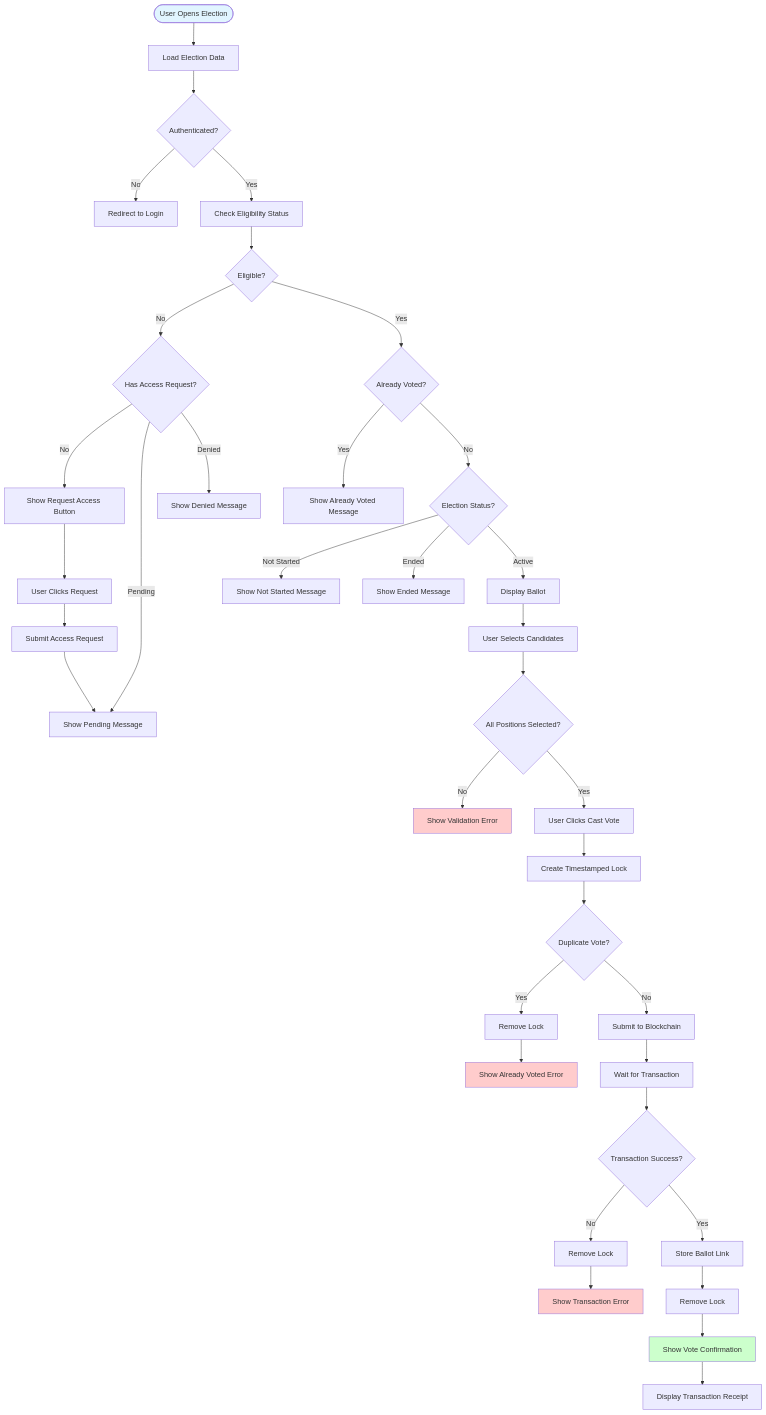
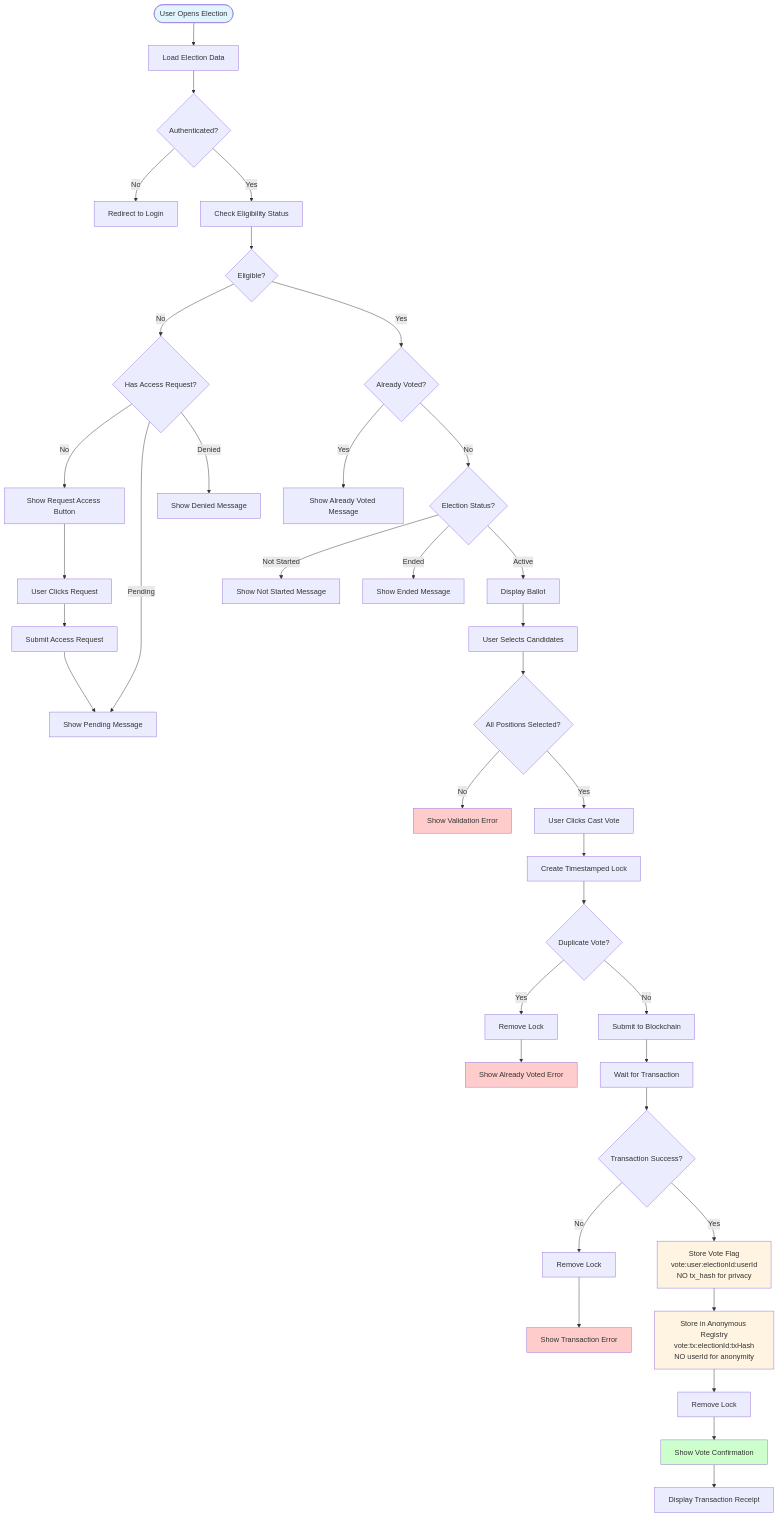
The diagram in diagrams/uml/activity-voting-process.mmd (RajdeepSah/BlockBallot), drawn with Mermaid before and after one commit. The commit also changed other lines of this file and 10 other files, not shown here.

Commit message:
chore: update diagrams and config

```diff
--- a/diagrams/uml/activity-voting-process.mmd
+++ b/diagrams/uml/activity-voting-process.mmd
@@ -1,49 +1,52 @@
 flowchart TD
     Start([User Opens Election]) --> LoadElection[Load Election Data]
     LoadElection --> CheckAuth{Authenticated?}
     CheckAuth -->|No| RequireLogin[Redirect to Login]
     CheckAuth -->|Yes| CheckEligibility[Check Eligibility Status]
     
     CheckEligibility --> EligibilityResult{Eligible?}
     EligibilityResult -->|No| CheckRequest{Has Access Request?}
     EligibilityResult -->|Yes| CheckVoted{Already Voted?}
     
     CheckRequest -->|No| ShowRequestButton[Show Request Access Button]
     CheckRequest -->|Pending| ShowPending[Show Pending Message]
     CheckRequest -->|Denied| ShowDenied[Show Denied Message]
     ShowRequestButton --> UserClicksRequest[User Clicks Request]
     UserClicksRequest --> SubmitRequest[Submit Access Request]
     SubmitRequest --> ShowPending
     
     CheckVoted -->|Yes| ShowVoted[Show Already Voted Message]
     CheckVoted -->|No| CheckElectionStatus{Election Status?}
     
     CheckElectionStatus -->|Not Started| ShowNotStarted[Show Not Started Message]
     CheckElectionStatus -->|Ended| ShowEnded[Show Ended Message]
     CheckElectionStatus -->|Active| ShowBallot[Display Ballot]
     
     ShowBallot --> UserSelects[User Selects Candidates]
     UserSelects --> ValidateSelections{All Positions Selected?}
     ValidateSelections -->|No| ShowError[Show Validation Error]
     ValidateSelections -->|Yes| UserSubmits[User Clicks Cast Vote]
     
     UserSubmits --> CreateLock[Create Timestamped Lock]
     CreateLock --> VerifyNoDuplicate{Duplicate Vote?}
     VerifyNoDuplicate -->|Yes| RemoveLock[Remove Lock]
     RemoveLock --> ShowError2[Show Already Voted Error]
     VerifyNoDuplicate -->|No| SubmitToBlockchain[Submit to Blockchain]
     
     SubmitToBlockchain --> WaitConfirmation[Wait for Transaction]
     WaitConfirmation --> TxSuccess{Transaction Success?}
     TxSuccess -->|No| RemoveLock2[Remove Lock]
     RemoveLock2 --> ShowError3[Show Transaction Error]
-    TxSuccess -->|Yes| StoreBallotLink[Store Ballot Link]
-    StoreBallotLink --> RemoveLock3[Remove Lock]
+    TxSuccess -->|Yes| StoreVoteFlag[Store Vote Flag<br/>vote:user:electionId:userId<br/>NO tx_hash for privacy]
+    StoreVoteFlag --> StoreTxRegistry[Store in Anonymous Registry<br/>vote:tx:electionId:txHash<br/>NO userId for anonymity]
+    StoreTxRegistry --> RemoveLock3[Remove Lock]
     RemoveLock3 --> ShowSuccess[Show Vote Confirmation]
     ShowSuccess --> ShowReceipt[Display Transaction Receipt]
     
     style Start fill:#e1f5ff
     style ShowSuccess fill:#ccffcc
     style ShowError fill:#ffcccc
     style ShowError2 fill:#ffcccc
     style ShowError3 fill:#ffcccc
+    style StoreVoteFlag fill:#fff4e1
+    style StoreTxRegistry fill:#fff4e1
```
